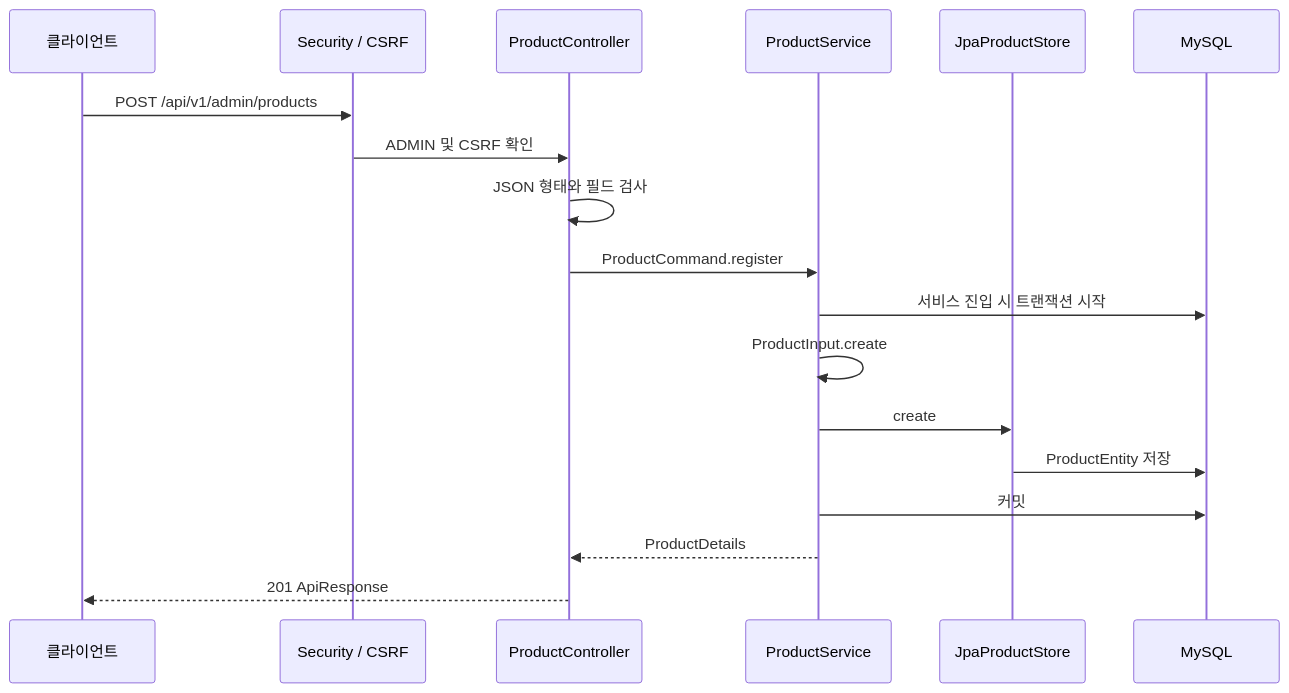
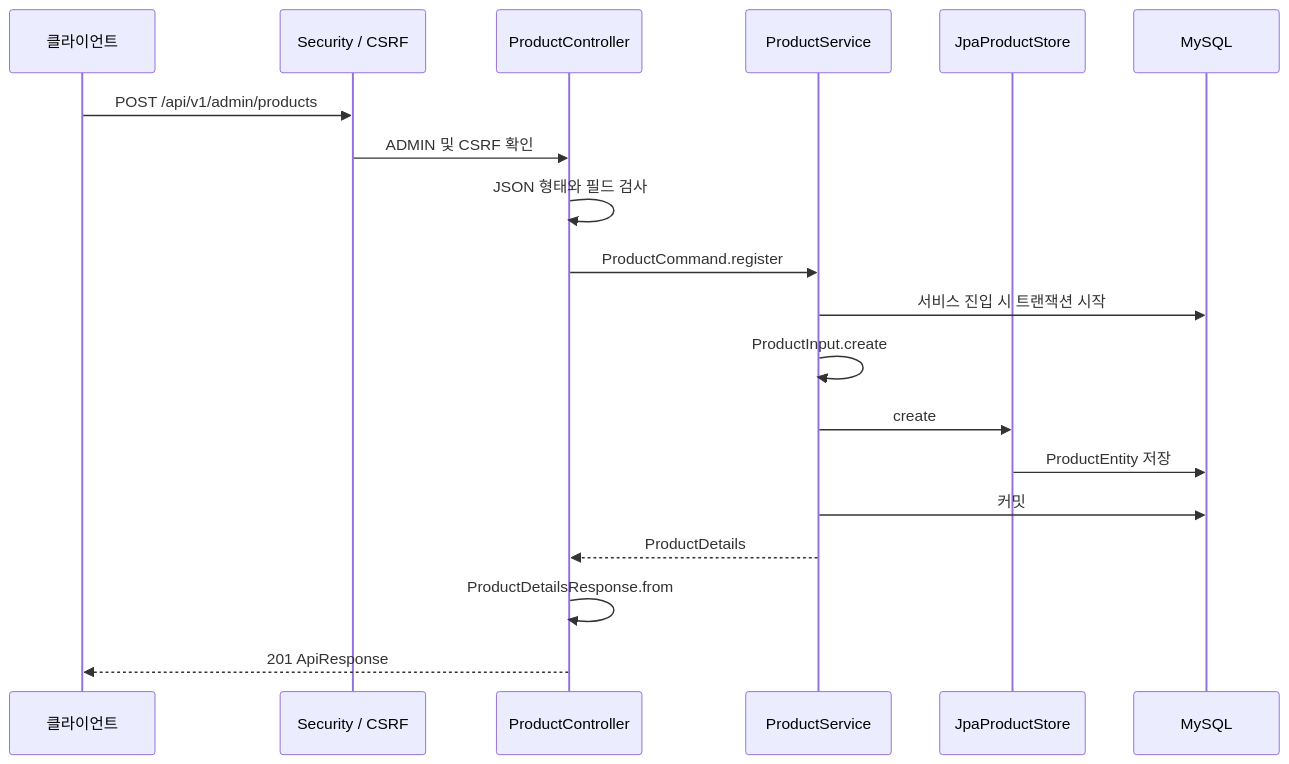
One commit to Wooyongjeong/limited-sale changed the first of 3 diagrams in docs/wiki/products.md. Above: the diagram before and after it, drawn with Mermaid. The commit also changed other lines of this file and 10 other files, not shown here.

````diff
--- a/docs/wiki/products.md
+++ b/docs/wiki/products.md
@@ -11,20 +11,21 @@
 ```mermaid
 sequenceDiagram
     participant C as 클라이언트
     participant S as Security / CSRF
     participant P as ProductController
     participant A as ProductService
     participant J as JpaProductStore
     participant D as MySQL
     C->>S: POST /api/v1/admin/products
     S->>P: ADMIN 및 CSRF 확인
     P->>P: JSON 형태와 필드 검사
     P->>A: ProductCommand.register
     A->>D: 서비스 진입 시 트랜잭션 시작
     A->>A: ProductInput.create
     A->>J: create
     J->>D: ProductEntity 저장
     A->>D: 커밋
     A-->>P: ProductDetails
+    P->>P: ProductDetailsResponse.from
     P-->>C: 201 ApiResponse
 ```
````
